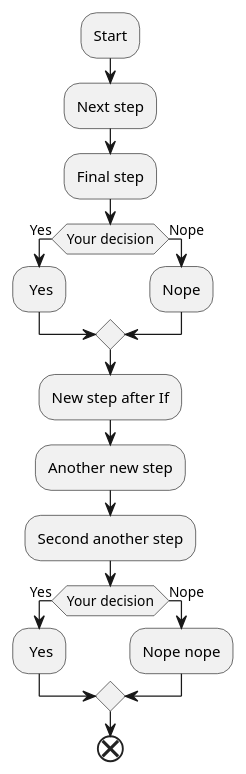
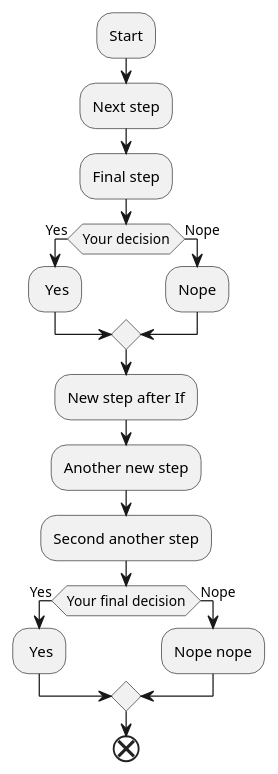
The diagram in Diagram/Diagramm.puml (Stanyslav25/Plant_Uml_VCS), drawn with PlantUML before and after one commit.

Commit message:
Update second if block text

```diff
--- a/Diagram/Diagramm.puml
+++ b/Diagram/Diagramm.puml
@@ -1,19 +1,19 @@
 @startuml
 :Start;
 :Next step;
 :Final step;
 if (Your decision) then (Yes)
 : Yes;
 else (Nope)
 :Nope;
 endIf
 :New step after If;
 :Another new step;
 :Second another step;
-if (Your decision) then (Yes)
+if (Your final decision) then (Yes)
 : Yes;
 else (Nope)
 :Nope nope;
 endIf
 end
 @enduml
```
